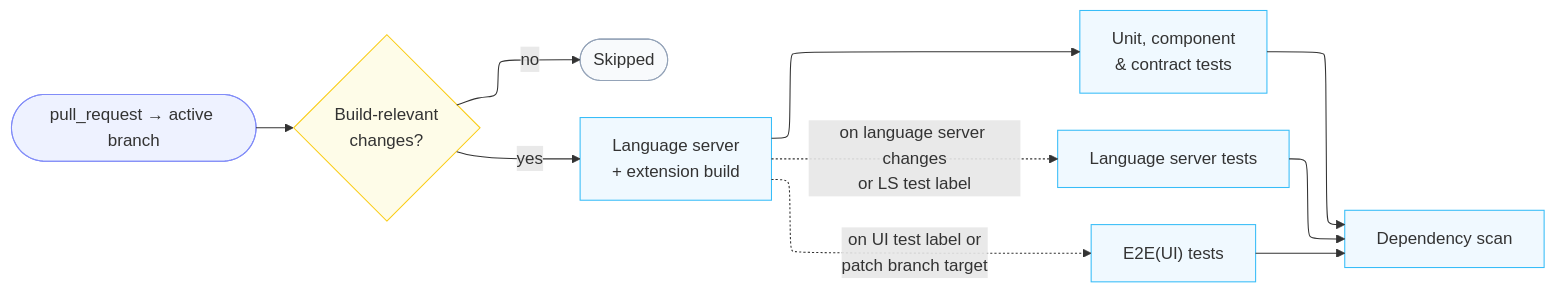
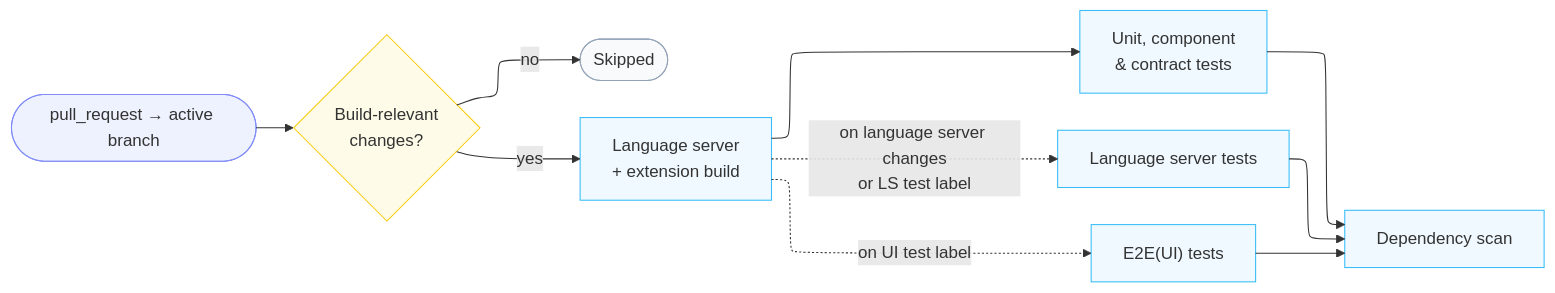
The first of 5 diagrams in docs/cicd-pipelines.md (wso2/product-integrator), drawn with Mermaid before and after one commit. The commit also changed other lines of this file and 1 other file, not shown here.

````diff
--- a/docs/cicd-pipelines.md
+++ b/docs/cicd-pipelines.md
@@ -21,17 +21,17 @@
 ```mermaid
 %%{init: {"layout": "elk"}}%%
 graph LR
     T(["pull_request → active branch"]):::trigger --> CD{"Build-relevant<br>changes?"}:::gate
     CD -->|no| SK(["Skipped"]):::skip
     CD -->|yes| B["Language server<br>+ extension build"]:::stage
     B --> FT["Unit, component<br>& contract tests"]:::stage
     B -.->|on language server changes<br>or LS test label| LT["Language server tests"]:::stage
-    B -.->|on UI test label or<br>patch branch target| ET["E2E(UI) tests"]:::stage
+    B -.->|on UI test label| ET["E2E(UI) tests"]:::stage
     FT --> SC["Dependency scan"]:::stage
     LT --> SC
     ET --> SC
     classDef trigger stroke:#818cf8,fill:#eef2ff
     classDef stage stroke:#38bdf8,fill:#f0f9ff
     classDef gate stroke:#facc15,fill:#fefce8
     classDef skip stroke:#94a3b8,fill:#f8fafc
 ```
````
